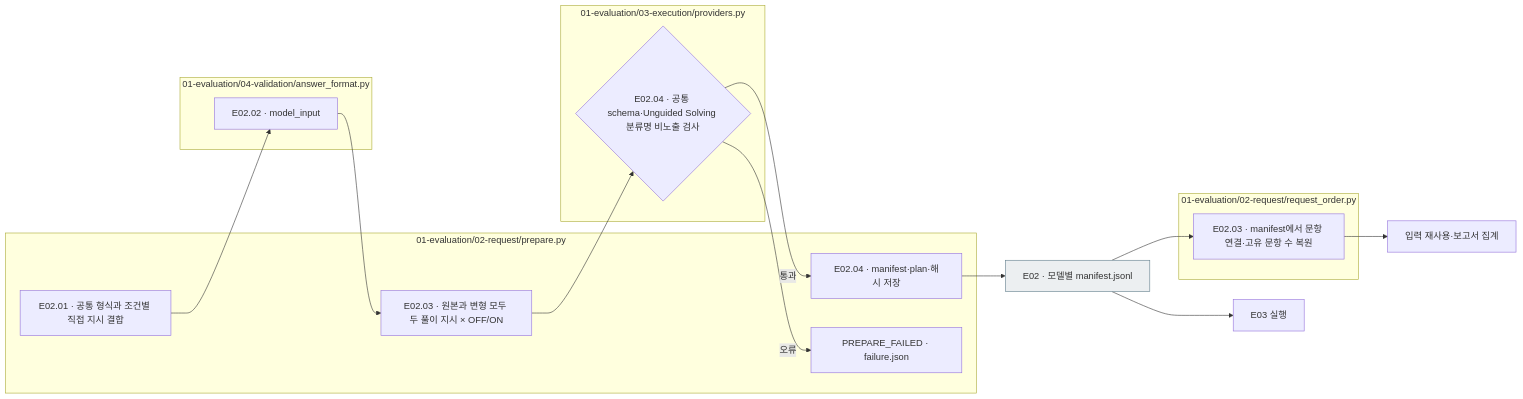
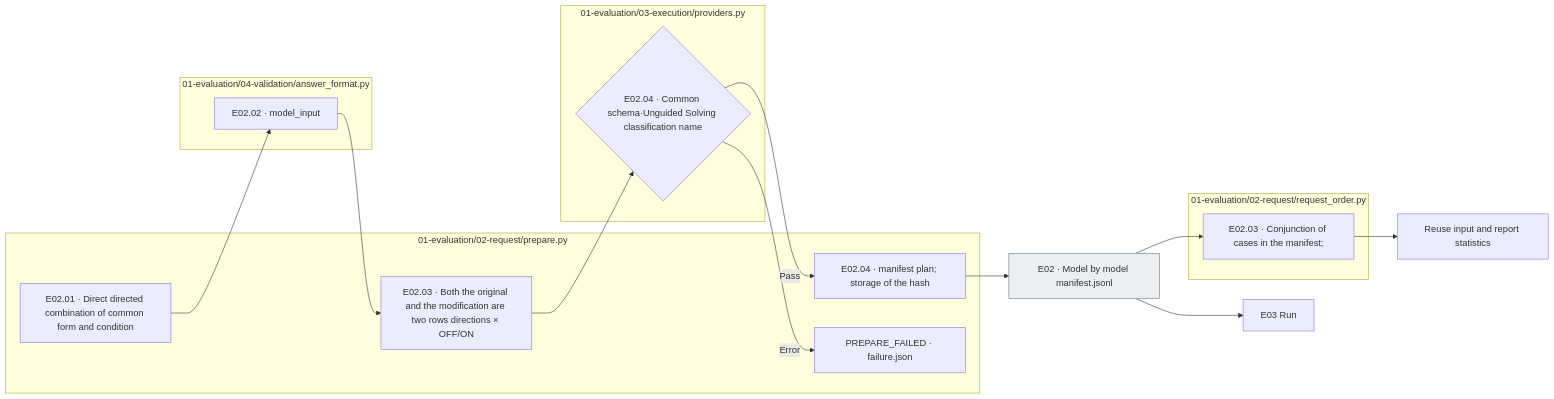
The diagram in src/finarch/documentation/templates/stages/02-experiments/01_evaluation/02_request/README.md (pnu-clink/finject), drawn with Mermaid before and after one commit. The commit also changed other lines of this file and 644 other files, not shown here.

````diff
--- a/src/finarch/documentation/templates/stages/02-experiments/01_evaluation/02_request/README.md
+++ b/src/finarch/documentation/templates/stages/02-experiments/01_evaluation/02_request/README.md
@@ -30,27 +30,27 @@
 ```mermaid
 flowchart LR
  subgraph P["01-evaluation/02-request/prepare.py"]
-  D["E02.01 · 공통 형식과 조건별 직접 지시 결합"]
-  T["E02.03 · 원본과 변형 모두 두 풀이 지시 × OFF/ON"]
-  W["E02.04 · manifest·plan·해시 저장"]
+  D["E02.01 · Direct directed combination of common form and condition"]
+  T["E02.03 · Both the original and the modification are two rows directions × OFF/ON"]
+  W["E02.04 · manifest plan; storage of the hash"]
   F["PREPARE_FAILED · failure.json"]
  end
  subgraph A["01-evaluation/04-validation/answer_format.py"]
   I["E02.02 · model_input"]
  end
  subgraph M["01-evaluation/02-request/request_order.py"]
-  U["E02.03 · manifest에서 문항 연결·고유 문항 수 복원"]
+  U["E02.03 · Conjunction of cases in the manifest;"]
  end
  subgraph V["01-evaluation/03-execution/providers.py"]
-  C{"E02.04 · 공통 schema·Unguided Solving 분류명 비노출 검사"}
+  C{"E02.04 · Common schema·Unguided Solving classification name"}
  end
  D --> I --> T --> C
- C -->|통과| W
- C -->|오류| F
- W --> R["E02 · 모델별 manifest.jsonl"]
+ C -->|Pass| W
+ C -->|Error| F
+ W --> R["E02 · Model by model manifest.jsonl"]
  R --> U
- U --> N["입력 재사용·보고서 집계"]
- R --> E["E03 실행"]
+ U --> N["Reuse input and report statistics"]
+ R --> E["E03 Run"]
  classDef file fill:#eceff1,stroke:#607d8b;
  class R file;
 ```
````
